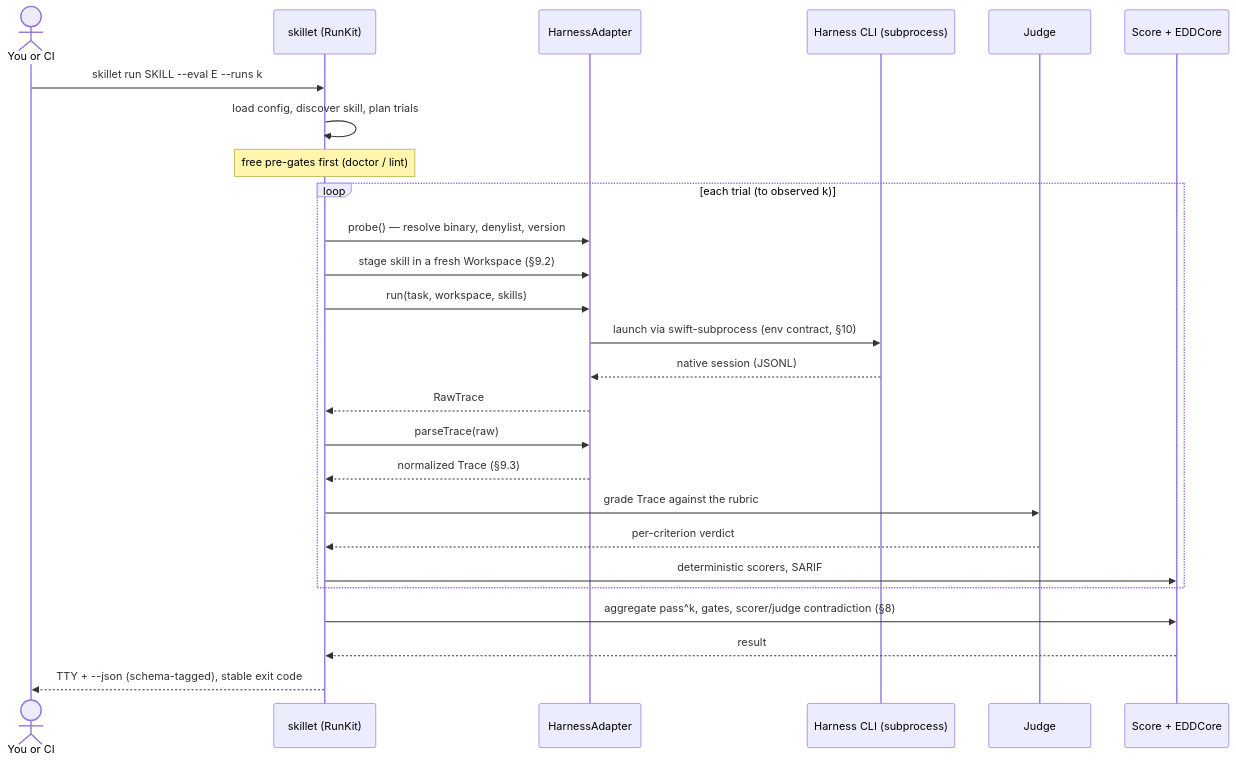
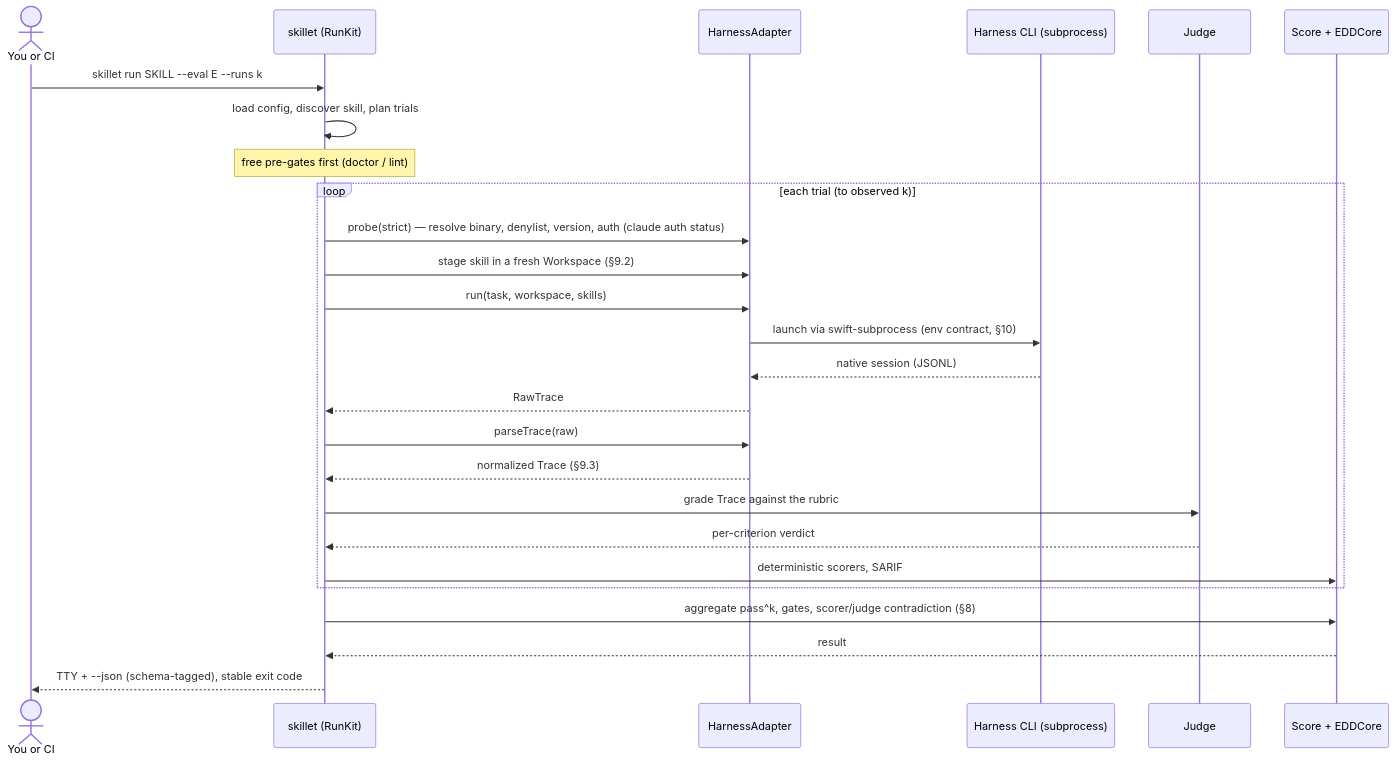
Before and after one commit to 21-DOT-DEV/skillet: the fifth of 5 diagrams in skillet-design.md, drawn with Mermaid. The commit also changed other lines of this file and 55 other files, not shown here.

````diff
--- a/skillet-design.md
+++ b/skillet-design.md
@@ -883,29 +896,29 @@
 ```mermaid
 sequenceDiagram
     actor U as You or CI
     participant S as skillet (RunKit)
     participant A as HarnessAdapter
     participant H as Harness CLI (subprocess)
     participant J as Judge
     participant C as Score + EDDCore
 
     U->>S: skillet run SKILL --eval E --runs k
     S->>S: load config, discover skill, plan trials
     Note over S: free pre-gates first (doctor / lint)
     loop each trial (to observed k)
-        S->>A: probe() — resolve binary, denylist, version
+        S->>A: probe(strict) — resolve binary, denylist, version, auth (claude auth status)
         S->>A: stage skill in a fresh Workspace (§9.2)
         S->>A: run(task, workspace, skills)
         A->>H: launch via swift-subprocess (env contract, §10)
         H-->>A: native session (JSONL)
         A-->>S: RawTrace
         S->>A: parseTrace(raw)
         A-->>S: normalized Trace (§9.3)
         S->>J: grade Trace against the rubric
         J-->>S: per-criterion verdict
         S->>C: deterministic scorers, SARIF
     end
     S->>C: aggregate pass^k, gates, scorer/judge contradiction (§8)
     C-->>S: result
     S-->>U: TTY + --json (schema-tagged), stable exit code
 ```
````
